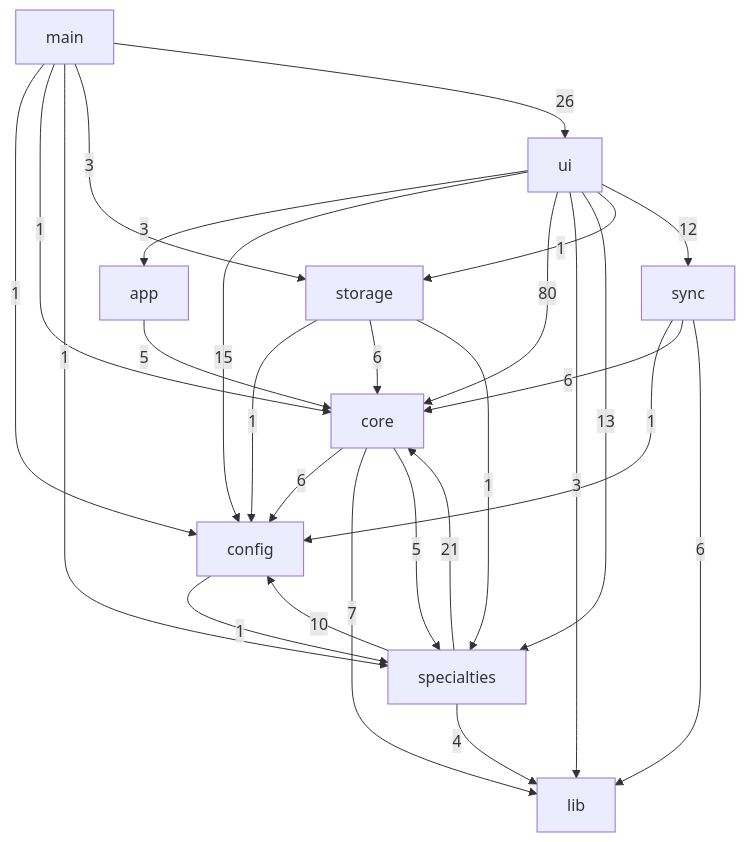
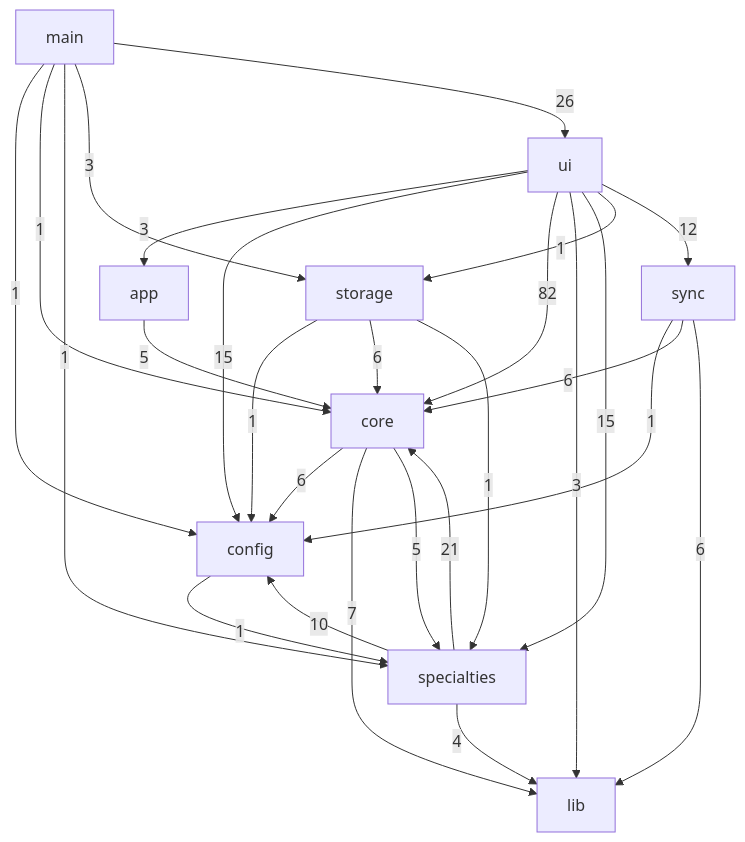
The diagram in docs/DEPENDENCIAS.md (DanielOpazoD/rondahhroftalmologia), drawn with Mermaid before and after one commit. The commit also changed other lines of this file and 20 other files, not shown here.

````diff
--- a/docs/DEPENDENCIAS.md
+++ b/docs/DEPENDENCIAS.md
@@ -27,29 +27,29 @@
 ```mermaid
 flowchart TD
   app -->|5| core
   config -->|1| specialties
   core -->|6| config
   core -->|7| lib
   core -->|5| specialties
   main -->|1| config
   main -->|1| core
   main -->|1| specialties
   main -->|3| storage
   main -->|26| ui
   specialties -->|10| config
   specialties -->|21| core
   specialties -->|4| lib
   storage -->|1| config
   storage -->|6| core
   storage -->|1| specialties
   sync -->|1| config
   sync -->|6| core
   sync -->|6| lib
   ui -->|3| app
   ui -->|15| config
-  ui -->|80| core
+  ui -->|82| core
   ui -->|3| lib
-  ui -->|13| specialties
+  ui -->|15| specialties
   ui -->|1| storage
   ui -->|12| sync
 ```
````
